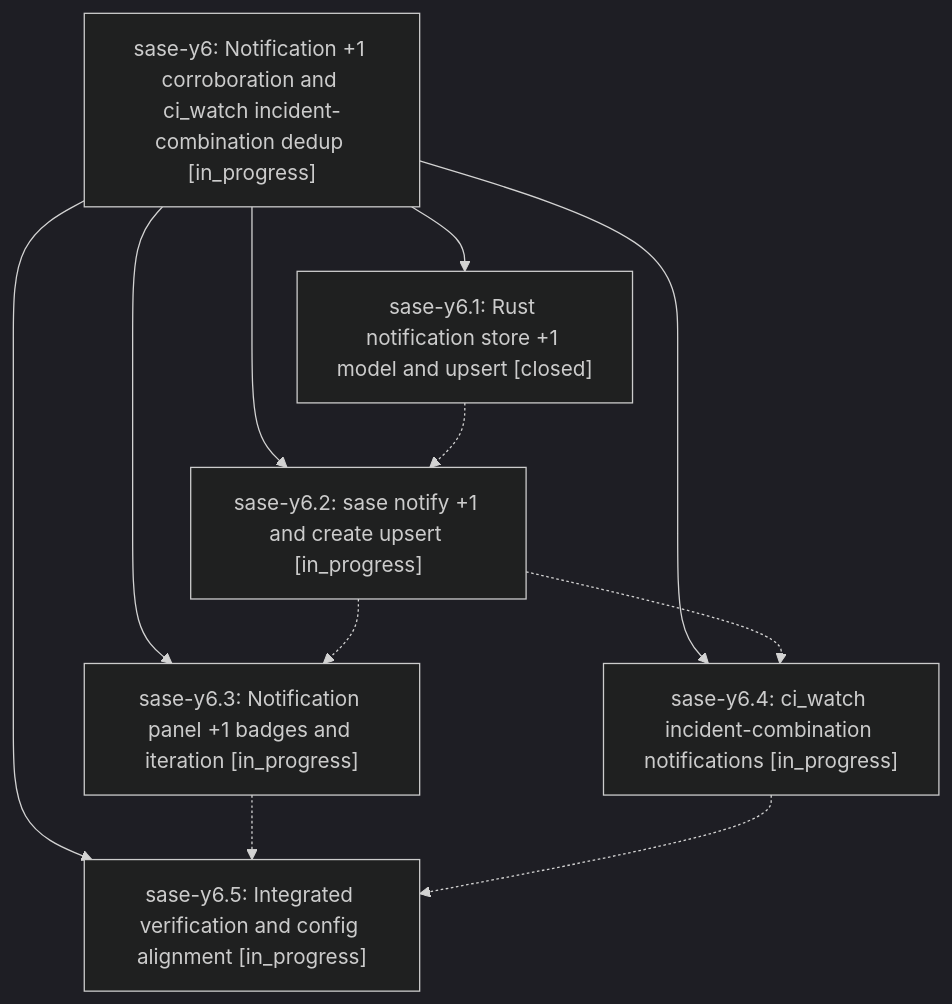
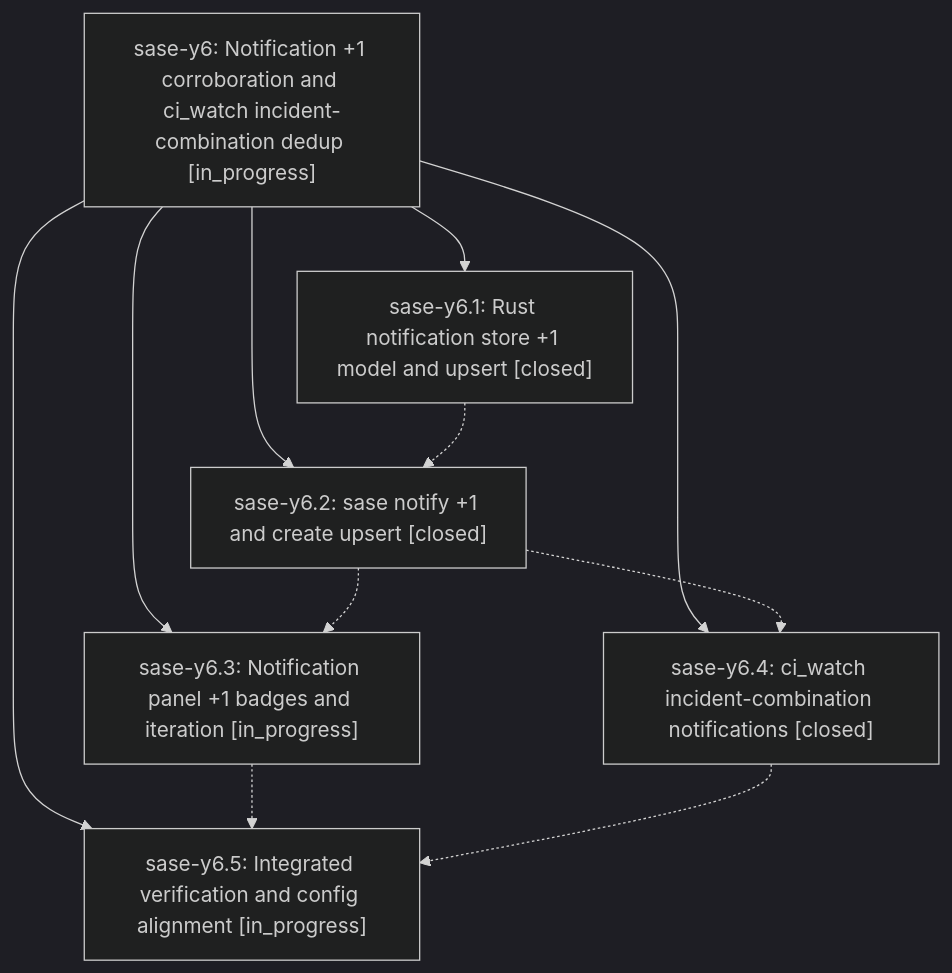
Before and after one commit to sase-org/sase--beads: the diagram in pages/sase-y6/README.md, drawn with Mermaid (dark theme). The commit also changed other lines of this file and 5 other files, not shown here.

````diff
--- a/pages/sase-y6/README.md
+++ b/pages/sase-y6/README.md
@@ -38,19 +38,19 @@
 ```mermaid
 flowchart TD
     n0["sase-y6: Notification +1 corroboration and ci_watch incident-combination dedup [in_progress]"]
     n1["sase-y6.1: Rust notification store +1 model and upsert [closed]"]
-    n2["sase-y6.2: sase notify +1 and create upsert [in_progress]"]
+    n2["sase-y6.2: sase notify +1 and create upsert [closed]"]
     n3["sase-y6.3: Notification panel +1 badges and iteration [in_progress]"]
-    n4["sase-y6.4: ci_watch incident-combination notifications [in_progress]"]
+    n4["sase-y6.4: ci_watch incident-combination notifications [closed]"]
     n5["sase-y6.5: Integrated verification and config alignment [in_progress]"]
     n0 --> n1
     n0 --> n2
     n0 --> n3
     n0 --> n4
     n0 --> n5
     n1 -.-> n2
     n2 -.-> n3
     n2 -.-> n4
     n3 -.-> n5
     n4 -.-> n5
 ```
````
